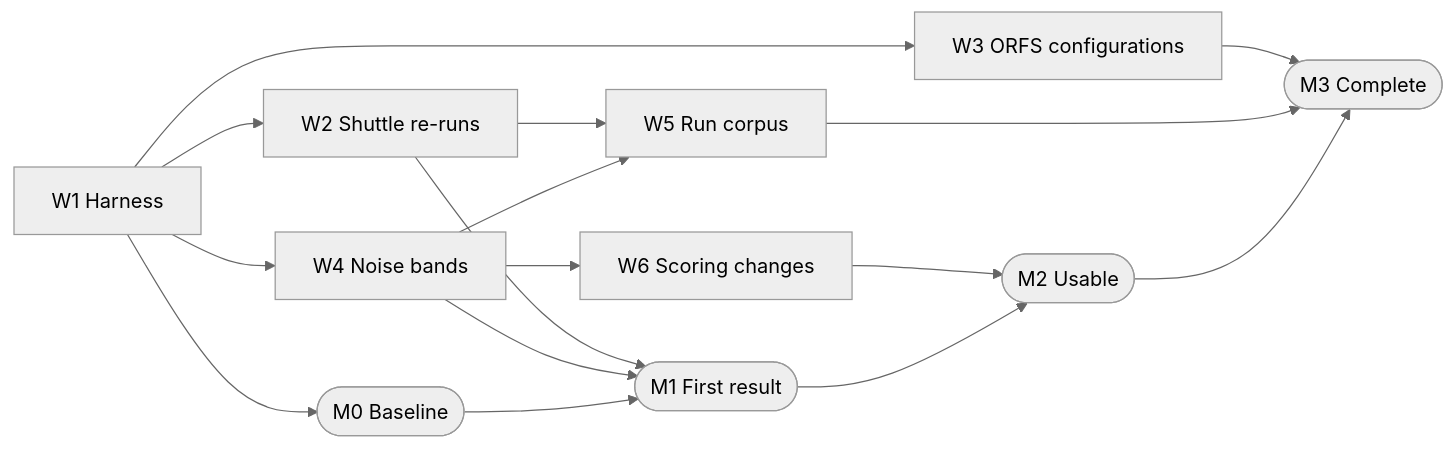
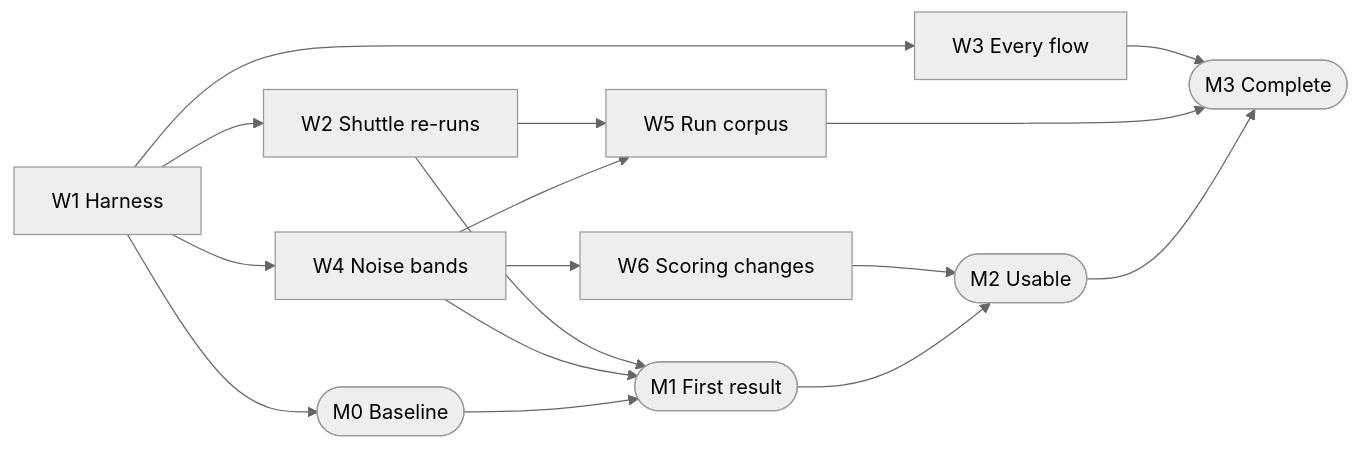
One commit to mithro/open-silicon-hitlist changed the diagram in projects/asic-scoreboard.md. Above: the diagram before and after it, drawn with Mermaid (neutral theme). The commit also changed other lines of this file, not shown here.

First line of the commit message:
projects/asic-scoreboard: Tim's answers: three flows, converters both ways, every metric scored

````diff
--- a/projects/asic-scoreboard.md
+++ b/projects/asic-scoreboard.md
@@ -434,18 +453,18 @@
 ```mermaid
 flowchart LR
   W1["W1 Harness"] --> W2["W2 Shuttle re-runs"]
-  W1 --> W3["W3 ORFS configurations"]
+  W1 --> W3["W3 Every flow"]
   W1 --> W4["W4 Noise bands"]
   W2 --> W5["W5 Run corpus"]
   W4 --> W5
   W4 --> W6["W6 Scoring changes"]
   W1 --> M0(["M0 Baseline"])
   W2 --> M1(["M1 First result"])
   W4 --> M1
   W6 --> M2(["M2 Usable"])
   W3 --> M3(["M3 Complete"])
   W5 --> M3
   M0 --> M1
   M1 --> M2
   M2 --> M3
 ```
````
